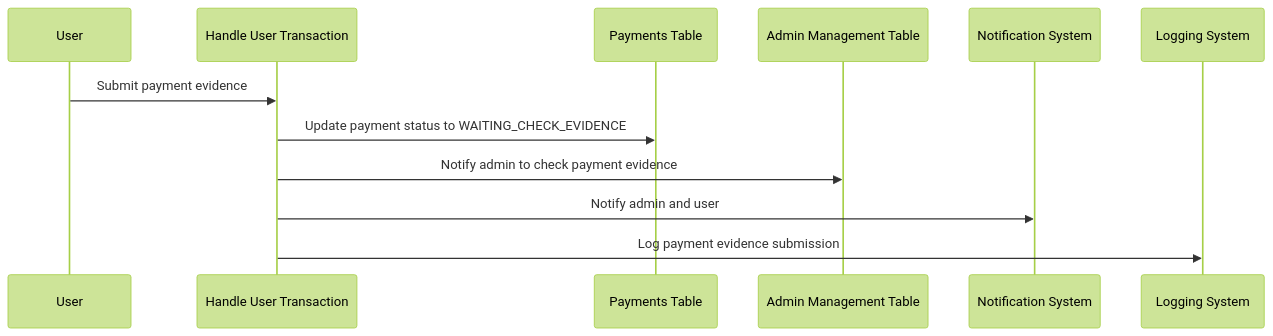
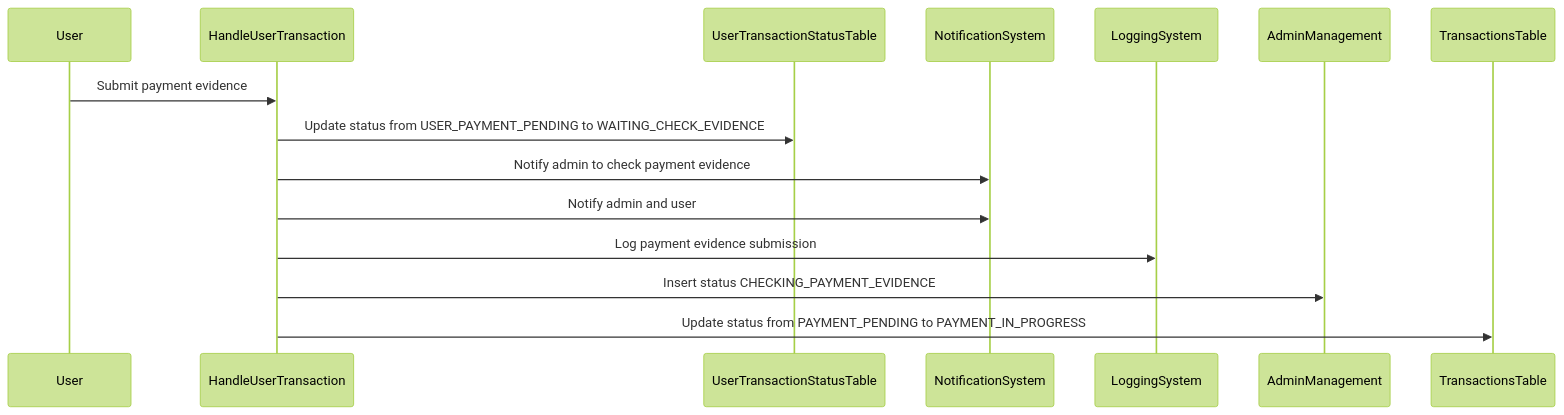
The fourth of 11 diagrams in documents/Exchange.flow.md (Loknong/book-exchange), drawn with Mermaid (forest theme) before and after one commit. The commit also changed other lines of this file and 1 other file, not shown here.

````diff
--- a/documents/Exchange.flow.md
+++ b/documents/Exchange.flow.md
@@ -161,15 +162,17 @@
 ```mermaid
 sequenceDiagram
-    participant User
-    participant HandleUserTransaction as Handle User Transaction
-    participant PaymentsTable as Payments Table
-    participant AdminManagementTable as Admin Management Table
-    participant NotificationSystem as Notification System
-    participant LoggingSystem as Logging System
+    %% participant User
+    %% participant HandleUserTransaction as Handle User Transaction
+    %% participant PaymentsTable as Payments Table
+    %% participant AdminManagementTable as Admin Management Table
+    %% participant NotificationSystem as Notification System
+    %% participant LoggingSystem as Logging System
 
     User->>HandleUserTransaction: Submit payment evidence
-    HandleUserTransaction->>PaymentsTable: Update payment status to WAITING_CHECK_EVIDENCE
-    HandleUserTransaction->>AdminManagementTable: Notify admin to check payment evidence
+    HandleUserTransaction->>UserTransactionStatusTable: Update status from USER_PAYMENT_PENDING to WAITING_CHECK_EVIDENCE
+    HandleUserTransaction->>NotificationSystem: Notify admin to check payment evidence
     HandleUserTransaction->>NotificationSystem: Notify admin and user
     HandleUserTransaction->>LoggingSystem: Log payment evidence submission
+    HandleUserTransaction->>AdminManagement: Insert status CHECKING_PAYMENT_EVIDENCE
+    HandleUserTransaction->>TransactionsTable: Update status from PAYMENT_PENDING to PAYMENT_IN_PROGRESS
 ```
````
